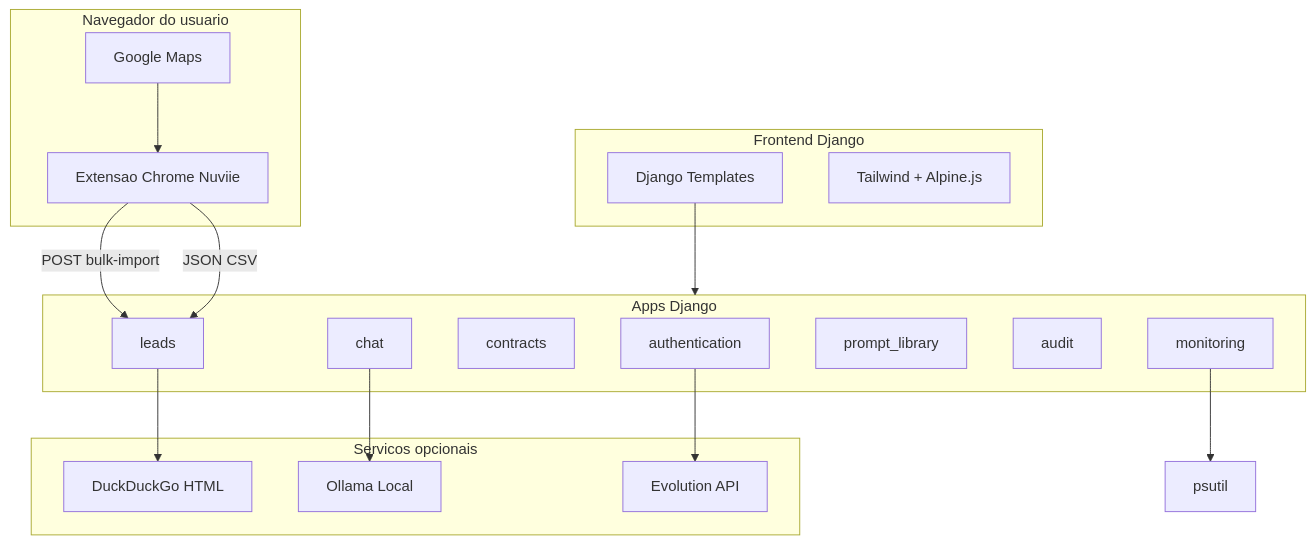
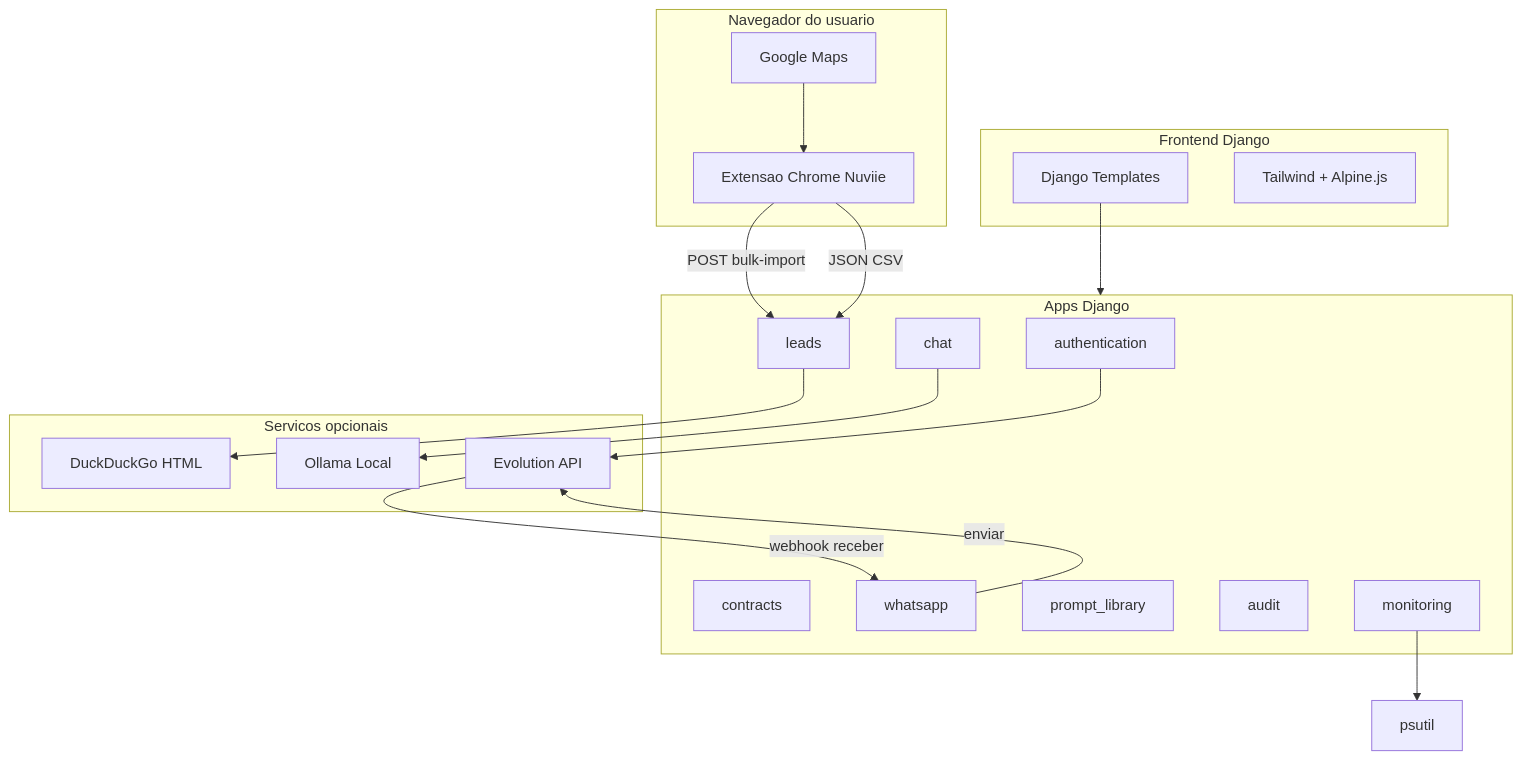
One commit to gabriell-c/Nuviie changed the first of 2 diagrams in README.md. Above: the diagram before and after it, drawn with Mermaid. The commit also changed other lines of this file and 32 other files, not shown here.

````diff
--- a/README.md
+++ b/README.md
@@ -422,37 +499,40 @@
 ```mermaid
 flowchart TB
     subgraph browser [Navegador do usuario]
         maps[Google Maps]
         ext[Extensao Chrome Nuviie]
     end
 
     subgraph frontend [Frontend Django]
         templates[Django Templates]
         tailwind[Tailwind + Alpine.js]
     end
 
     subgraph apps [Apps Django]
         auth[authentication]
         leads[leads]
         contracts[contracts]
         chat[chat]
+        wa[whatsapp]
         prompts[prompt_library]
         audit[audit]
         monitoring[monitoring]
     end
 
     subgraph external [Servicos opcionais]
         ddg[DuckDuckGo HTML]
         ollama[Ollama Local]
-        whatsapp[Evolution API]
+        evo[Evolution API]
     end
 
     maps --> ext
     ext -->|POST bulk-import| leads
     ext -->|JSON CSV| leads
     templates --> apps
     leads --> ddg
     monitoring --> psutil[psutil]
     chat --> ollama
-    auth --> whatsapp
+    auth --> evo
+    wa -->|enviar| evo
+    evo -->|webhook receber| wa
 ```
````
